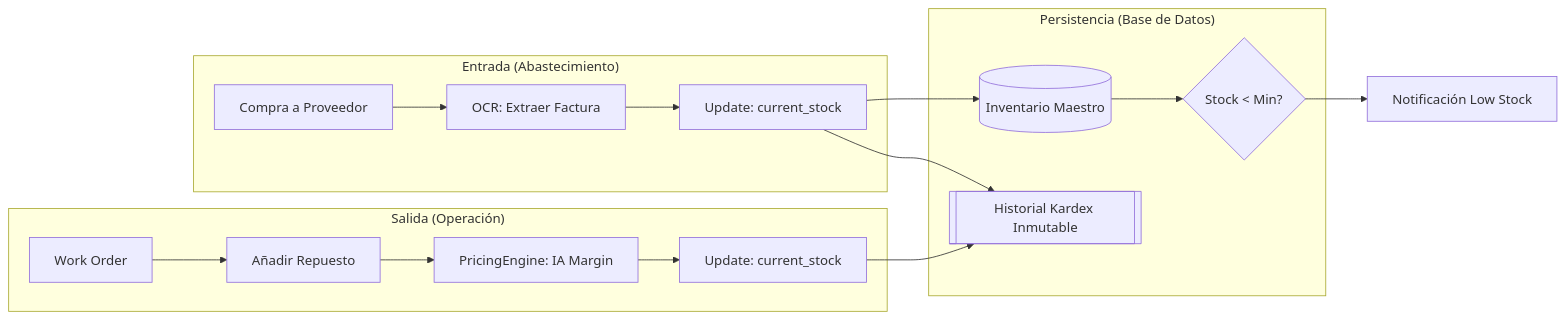
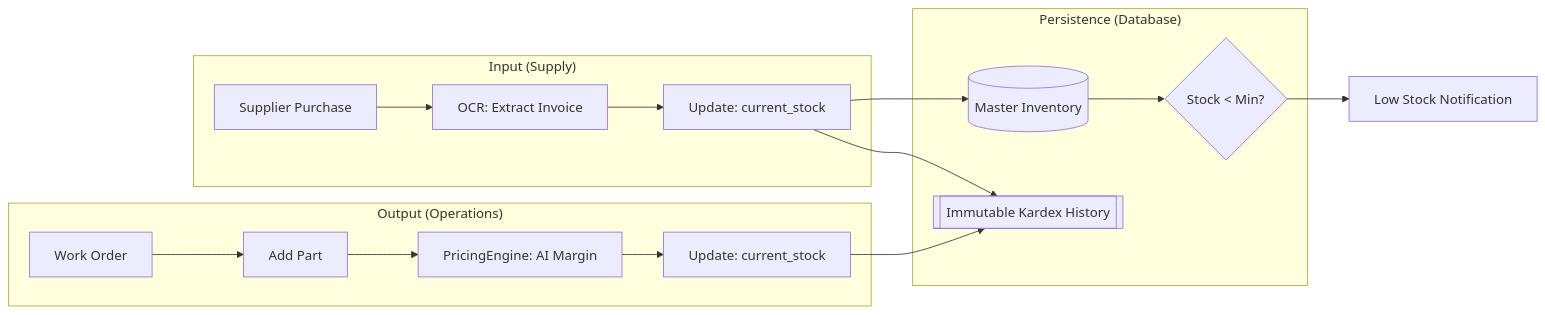
The third of 4 diagrams in README.md (brandonjimenez21/efiscoArchitecture), drawn with Mermaid before and after one commit. The commit also changed other lines of this file, not shown here.

````diff
--- a/README.md
+++ b/README.md
@@ -131,22 +125,22 @@
 ```mermaid
 graph LR
-    subgraph "Entrada (Abastecimiento)"
-        Purchase[Compra a Proveedor] --> OCR_P[OCR: Extraer Factura]
+    subgraph "Input (Supply)"
+        Purchase[Supplier Purchase] --> OCR_P[OCR: Extract Invoice]
         OCR_P --> Inv_Up[Update: current_stock]
     end
 
-    subgraph "Persistencia (Base de Datos)"
-        Inv_Up --> Master[(Inventario Maestro)]
-        Inv_Up --> Kardex[[Historial Kardex Inmutable]]
+    subgraph "Persistence (Database)"
+        Inv_Up --> Master[(Master Inventory)]
+        Inv_Up --> Kardex[[Immutable Kardex History]]
         Master --> Alerts{Stock < Min?}
     end
 
-    subgraph "Salida (Operación)"
-        WO[Work Order] --> Add_Item[Añadir Repuesto]
-        Add_Item --> Pricing[PricingEngine: IA Margin]
+    subgraph "Output (Operations)"
+        WO[Work Order] --> Add_Item[Add Part]
+        Add_Item --> Pricing[PricingEngine: AI Margin]
         Pricing --> Inv_Down[Update: current_stock]
         Inv_Down --> Kardex
     end
 
-    Alerts --> Dashboard[Notificación Low Stock]
+    Alerts --> Dashboard[Low Stock Notification]
 ```
````
